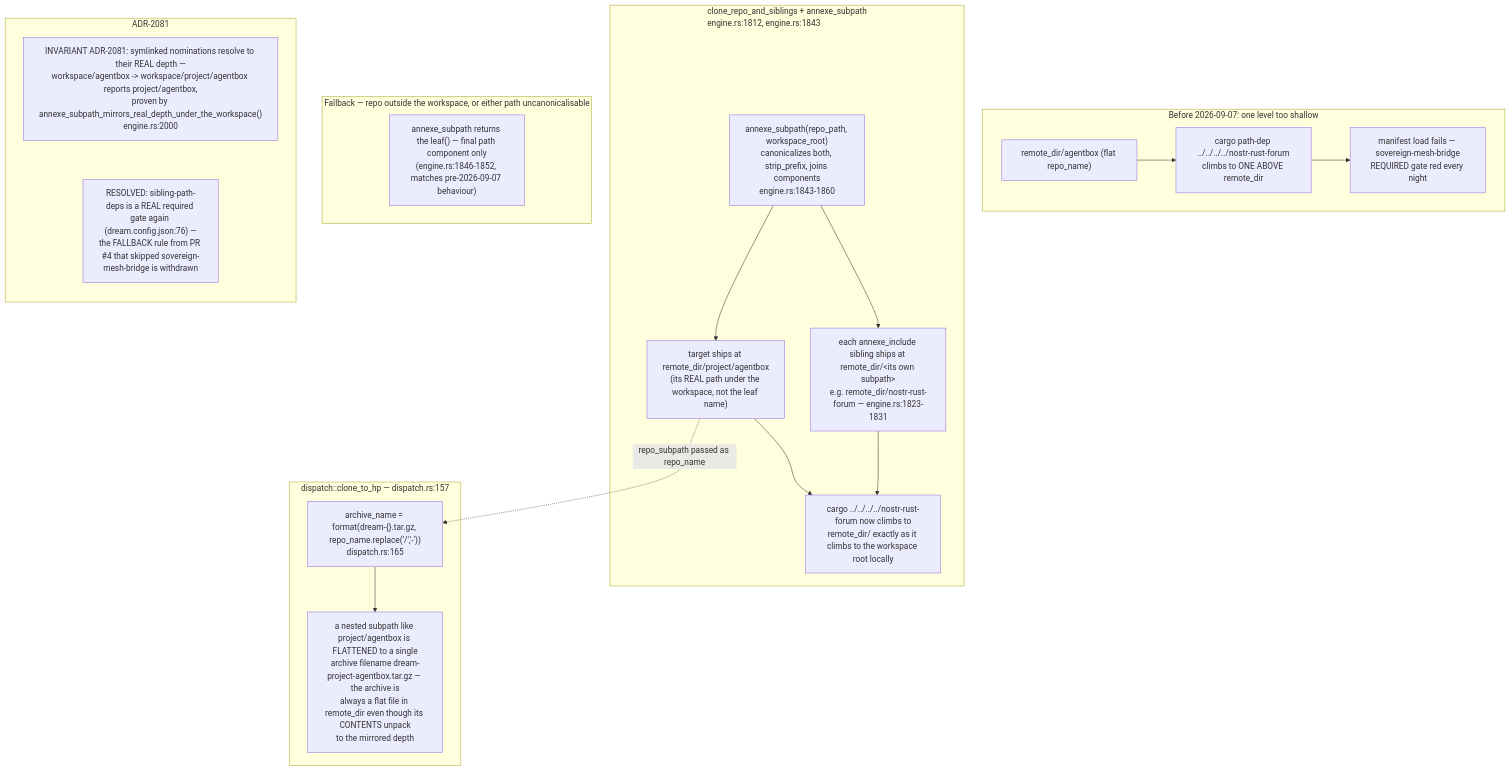
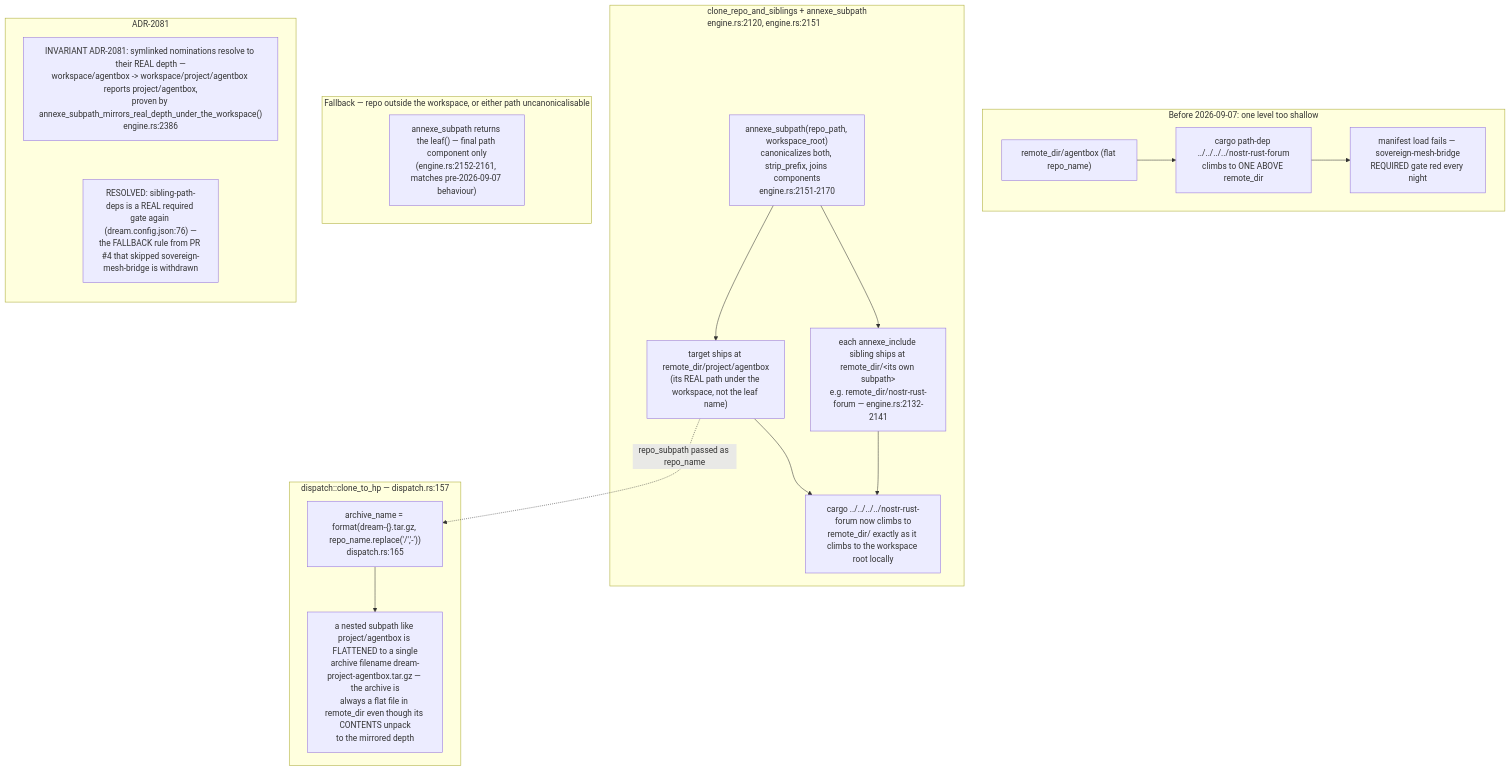
Before and after one commit to DreamLab-AI/VisionFlow: diagram 11 of 20 in docs/diagrams/agentbox/23-dream-engine.md, drawn with Mermaid. The commit also changed other lines of this file and 111 other files, not shown here.

Commit message:
docs(diagrams): align estate maps with current source

````diff
--- a/docs/diagrams/agentbox/23-dream-engine.md
+++ b/docs/diagrams/agentbox/23-dream-engine.md
@@ -673,34 +673,34 @@
 ```mermaid
 flowchart TB
     subgraph before["Before 2026-09-07: one level too shallow"]
         B1["remote_dir/agentbox #40;flat repo_name#41;"]
         B2["cargo path-dep ../../../../nostr-rust-forum<br/>climbs to ONE ABOVE remote_dir"]
         B3["manifest load fails — sovereign-mesh-bridge<br/>REQUIRED gate red every night"]
         B1 --> B2 --> B3
     end
-    subgraph after["clone_repo_and_siblings + annexe_subpath<br/>engine.rs:1812, engine.rs:1843"]
-        A1["annexe_subpath#40;repo_path, workspace_root#41;<br/>canonicalizes both, strip_prefix, joins components<br/>engine.rs:1843-1860"]
+    subgraph after["clone_repo_and_siblings + annexe_subpath<br/>engine.rs:2120, engine.rs:2151"]
+        A1["annexe_subpath#40;repo_path, workspace_root#41;<br/>canonicalizes both, strip_prefix, joins components<br/>engine.rs:2151-2170"]
         A2["target ships at remote_dir/project/agentbox<br/>#40;its REAL path under the workspace, not the leaf name#41;"]
-        A3["each annexe_include sibling ships at remote_dir/&lt;its own subpath&gt;<br/>e.g. remote_dir/nostr-rust-forum — engine.rs:1823-1831"]
+        A3["each annexe_include sibling ships at remote_dir/&lt;its own subpath&gt;<br/>e.g. remote_dir/nostr-rust-forum — engine.rs:2132-2141"]
         A4["cargo ../../../../nostr-rust-forum now climbs to<br/>remote_dir/ exactly as it climbs to the workspace root locally"]
         A1 --> A2
         A1 --> A3
         A2 --> A4
         A3 --> A4
     end
     subgraph dispatch["dispatch::clone_to_hp — dispatch.rs:157"]
         D1["archive_name = format#40;dream-{}.tar.gz, repo_name.replace#40;'/','-'#41;#41;<br/>dispatch.rs:165"]
         D2["a nested subpath like project/agentbox is FLATTENED to a single<br/>archive filename dream-project-agentbox.tar.gz — the archive is<br/>always a flat file in remote_dir even though its CONTENTS unpack<br/>to the mirrored depth"]
         D1 --> D2
     end
     A2 -.->|"repo_subpath passed as repo_name"| D1
     subgraph fallback["Fallback — repo outside the workspace, or either path uncanonicalisable"]
-        F1["annexe_subpath returns the leaf#40;#41; — final path component only<br/>#40;engine.rs:1846-1852, matches pre-2026-09-07 behaviour#41;"]
+        F1["annexe_subpath returns the leaf#40;#41; — final path component only<br/>#40;engine.rs:2152-2161, matches pre-2026-09-07 behaviour#41;"]
     end
     subgraph notes["ADR-2081"]
         direction TB
-        N1["INVARIANT ADR-2081: symlinked nominations resolve to their REAL depth —<br/>workspace/agentbox -> workspace/project/agentbox reports project/agentbox,<br/>proven by annexe_subpath_mirrors_real_depth_under_the_workspace#40;#41;<br/>engine.rs:2000"]
+        N1["INVARIANT ADR-2081: symlinked nominations resolve to their REAL depth —<br/>workspace/agentbox -> workspace/project/agentbox reports project/agentbox,<br/>proven by annexe_subpath_mirrors_real_depth_under_the_workspace#40;#41;<br/>engine.rs:2386"]
         N2["RESOLVED: sibling-path-deps is a REAL required gate again (dream.config.json:76) —<br/>the FALLBACK rule from PR #4 that skipped sovereign-mesh-bridge is withdrawn"]
         N1 ~~~ N2
     end
 ```
````
